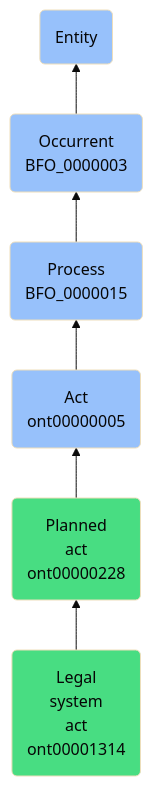
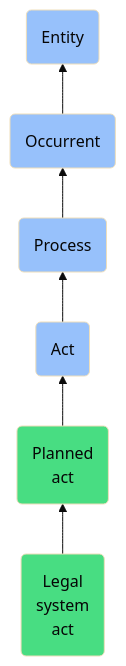
The diagram in docs/ontology/reference/model/Entity/Occurrent/Process/Act/Planned act/Legal system act/Legal system act.md (jupyter-naas/abi), drawn with Mermaid (base theme) before and after one commit. The commit also changed other lines of this file and 1430 other files, not shown here.

````diff
--- a/docs/ontology/reference/model/Entity/Occurrent/Process/Act/Planned act/Legal system act/Legal system act.md
+++ b/docs/ontology/reference/model/Entity/Occurrent/Process/Act/Planned act/Legal system act/Legal system act.md
@@ -24,13 +24,13 @@
 ```mermaid
 graph BT
-    ont00001314(Legal<br>system<br>act<br>ont00001314):::ABI-->ont00000228
-    ont00000228(Planned<br>act<br>ont00000228):::ABI-->ont00000005
-    ont00000005(Act<br>ont00000005):::BFO-->BFO_0000015
-    BFO_0000015(Process<br>BFO_0000015):::BFO-->BFO_0000003
-    BFO_0000003(Occurrent<br>BFO_0000003):::BFO-->BFO_0000001
+    ont00001314(Legal<br>system<br>act):::ABI-->ont00000228
+    ont00000228(Planned<br>act):::ABI-->ont00000005
+    ont00000005(Act):::BFO-->BFO_0000015
+    BFO_0000015(Process):::BFO-->BFO_0000003
+    BFO_0000003(Occurrent):::BFO-->BFO_0000001
     BFO_0000001(Entity):::BFO
     
     classDef BFO fill:#97c1fb,color:#060606
     classDef CCO fill:#e4c51e,color:#060606
     classDef ABI fill:#48DD82,color:#060606
 ```
````
